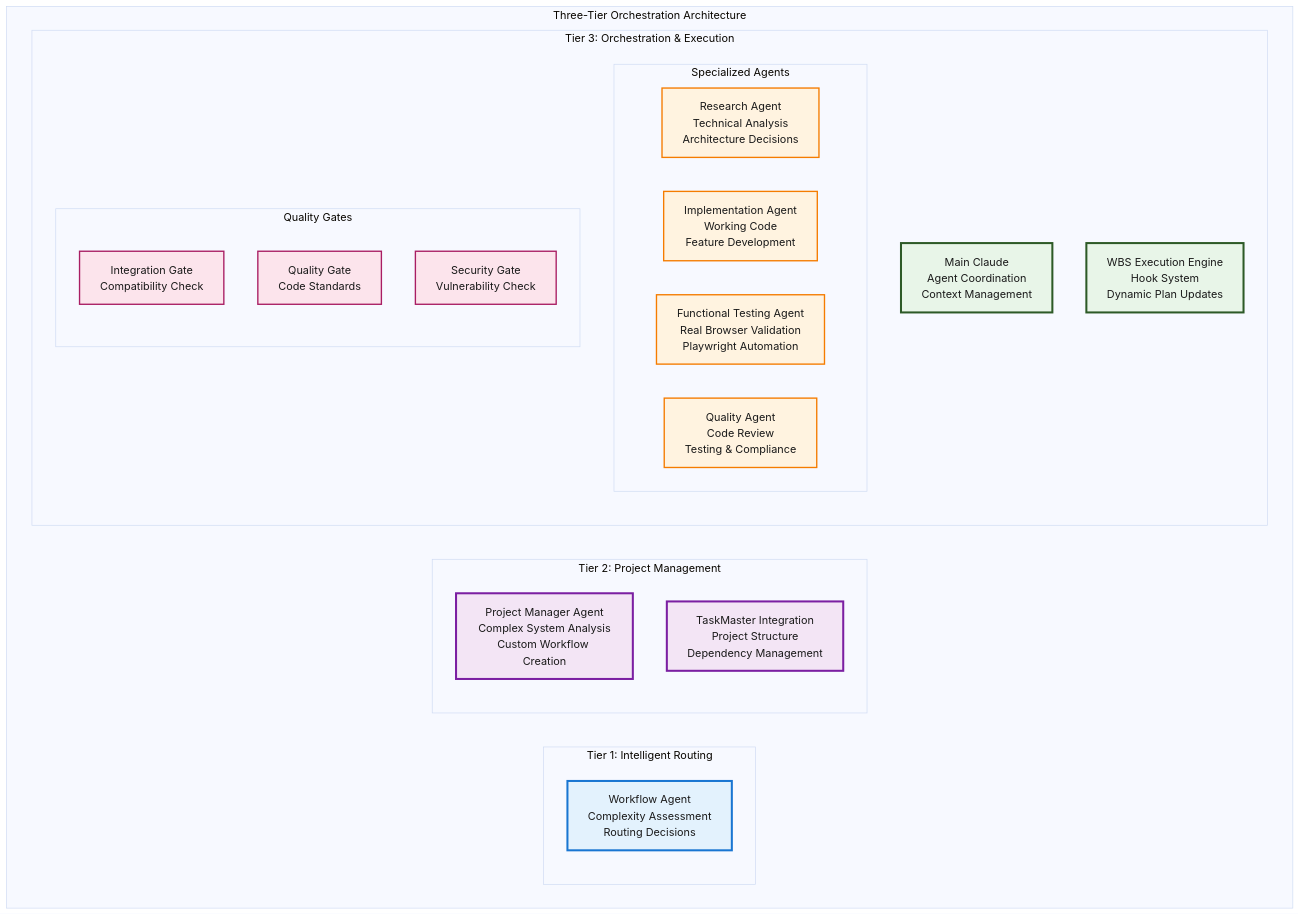
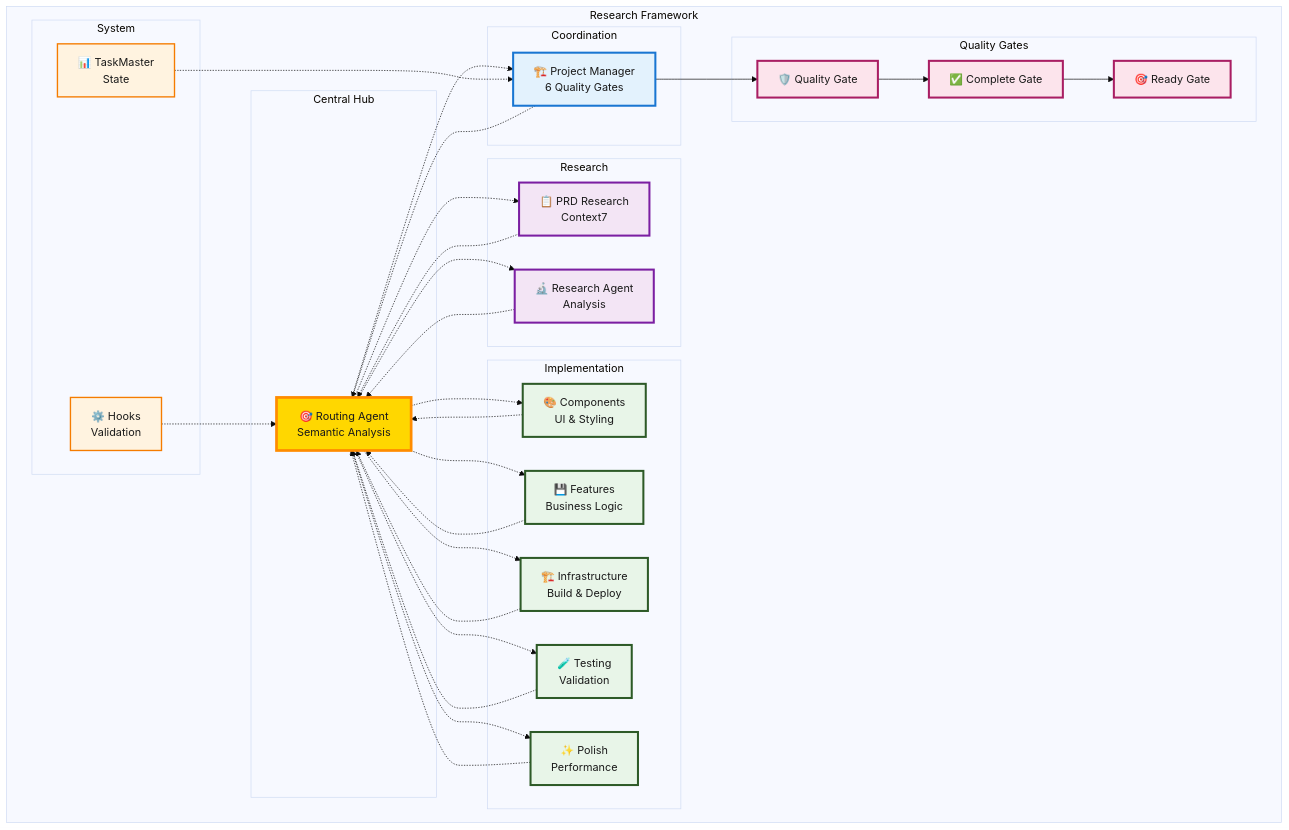
The first of 2 diagrams in README.md (vanzan01/claude-code-sub-agent-collective), drawn with Mermaid (base theme) before and after one commit. The commit also changed other lines of this file and 66 other files, not shown here.

````diff
--- a/README.md
+++ b/README.md
@@ -113,43 +95,77 @@
 ```mermaid
 graph TB
-    subgraph "Three-Tier Orchestration Architecture"
-        subgraph "Tier 1: Intelligent Routing"
-            WA[Workflow Agent<br/>Complexity Assessment<br/>Routing Decisions]
+    subgraph "Research Framework"
+        subgraph "Central Hub"
+            RA[🎯 Routing Agent<br/>Semantic Analysis]
         end
         
-        subgraph "Tier 2: Project Management"  
-            PM[Project Manager Agent<br/>Complex System Analysis<br/>Custom Workflow Creation]
-            TM[TaskMaster Integration<br/>Project Structure<br/>Dependency Management]
+        subgraph "Coordination"  
+            EPM[🏗️ Project Manager<br/>6 Quality Gates]
         end
         
-        subgraph "Tier 3: Orchestration & Execution"
-            MC[Main Claude<br/>Agent Coordination<br/>Context Management]
-            WBS[WBS Execution Engine<br/>Hook System<br/>Dynamic Plan Updates]
-            
-            subgraph "Specialized Agents"
-                Research[Research Agent<br/>Technical Analysis<br/>Architecture Decisions]
-                Implementation[Implementation Agent<br/>Working Code<br/>Feature Development]
-                FuncTest[Functional Testing Agent<br/>Real Browser Validation<br/>Playwright Automation]
-                Quality[Quality Agent<br/>Code Review<br/>Testing & Compliance]
-            end
-            
-            subgraph "Quality Gates"
-                IntegrationGate[Integration Gate<br/>Compatibility Check]
-                QualityGate[Quality Gate<br/>Code Standards]
-                SecurityGate[Security Gate<br/>Vulnerability Check]
-            end
+        subgraph "Research"
+            PRD[📋 PRD Research<br/>Context7]
+            RESEARCH[🔬 Research Agent<br/>Analysis]
+        end
+        
+        subgraph "Implementation"
+            COMP[🎨 Components<br/>UI & Styling]
+            FEAT[💾 Features<br/>Business Logic]
+            INFRA[🏗️ Infrastructure<br/>Build & Deploy]
+            TEST[🧪 Testing<br/>Validation]
+            POLISH[✨ Polish<br/>Performance]
+        end
+        
+        subgraph "Quality Gates"
+            EQG[🛡️ Quality Gate]
+            CG[✅ Complete Gate]
+            RG[🎯 Ready Gate]
+        end
+        
+        subgraph "System"
+            HOOKS[⚙️ Hooks<br/>Validation]
+            TM[📊 TaskMaster<br/>State]
         end
     end
     
-    classDef tier1 fill:#e3f2fd,stroke:#1976d2,stroke-width:3px,color:#1a1a1a
-    classDef tier2 fill:#f3e5f5,stroke:#7b1fa2,stroke-width:3px,color:#1a1a1a
-    classDef tier3 fill:#e8f5e8,stroke:#2d5a27,stroke-width:3px,color:#1a1a1a
-    classDef agent fill:#fff3e0,stroke:#f57c00,stroke-width:2px,color:#1a1a1a
-    classDef gate fill:#fce4ec,stroke:#a91e63,stroke-width:2px,color:#1a1a1a
+    %% Hub connections
+    RA -.-> EPM
+    RA -.-> PRD
+    RA -.-> RESEARCH
+    RA -.-> COMP
+    RA -.-> FEAT
+    RA -.-> INFRA
+    RA -.-> TEST
+    RA -.-> POLISH
     
-    class WA tier1
-    class PM,TM tier2
-    class MC,WBS tier3
-    class Research,Implementation,FuncTest,Quality agent
-    class IntegrationGate,QualityGate,SecurityGate gate
+    %% Return to hub
+    EPM -.-> RA
+    PRD -.-> RA
+    RESEARCH -.-> RA
+    COMP -.-> RA
+    FEAT -.-> RA
+    INFRA -.-> RA
+    TEST -.-> RA
+    POLISH -.-> RA
+    
+    %% Quality flow
+    EPM --> EQG --> CG --> RG
+    
+    %% System coordination
+    HOOKS -.-> RA
+    TM -.-> EPM
+    
+    classDef hub fill:#ffd700,stroke:#ff8c00,stroke-width:4px,color:#1a1a1a
+    classDef coordination fill:#e3f2fd,stroke:#1976d2,stroke-width:3px,color:#1a1a1a
+    classDef research fill:#f3e5f5,stroke:#7b1fa2,stroke-width:3px,color:#1a1a1a
+    classDef implementation fill:#e8f5e8,stroke:#2d5a27,stroke-width:3px,color:#1a1a1a
+    classDef quality fill:#fce4ec,stroke:#a91e63,stroke-width:3px,color:#1a1a1a
+    classDef system fill:#fff3e0,stroke:#f57c00,stroke-width:2px,color:#1a1a1a
+    
+    class RA hub
+    class EPM coordination
+    class PRD,RESEARCH research
+    class COMP,FEAT,INFRA,TEST,POLISH implementation
+    class EQG,CG,RG quality
+    class HOOKS,TM system
 ```
````
